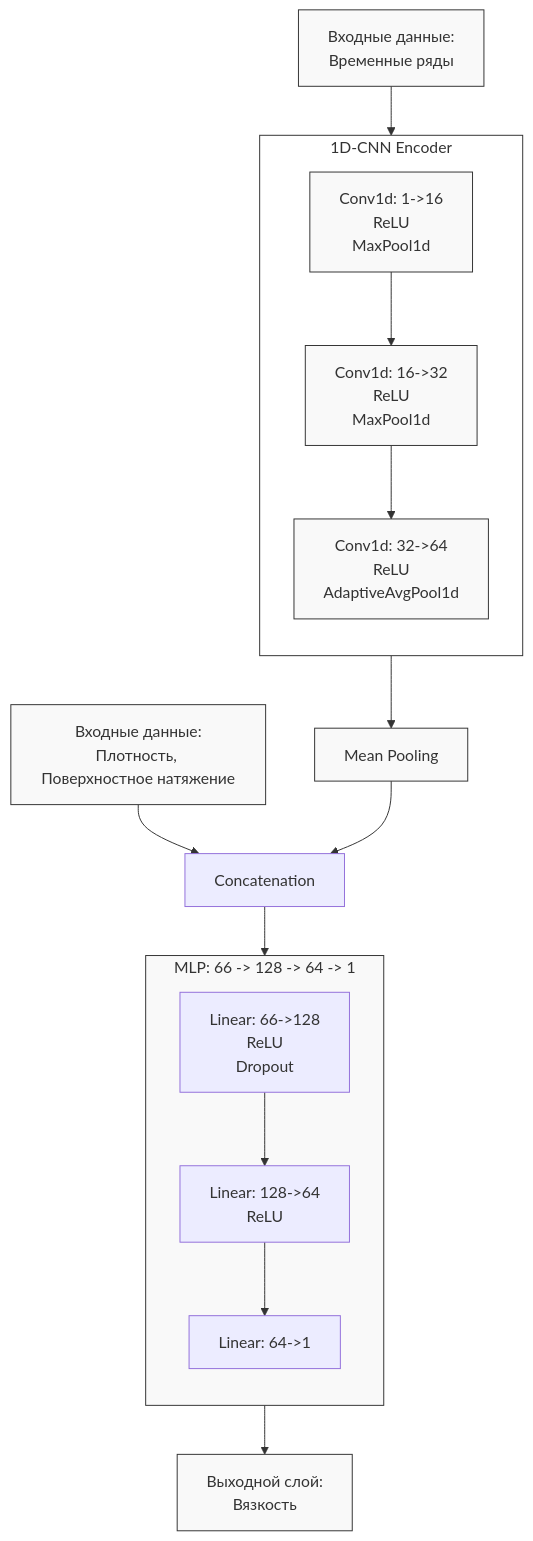
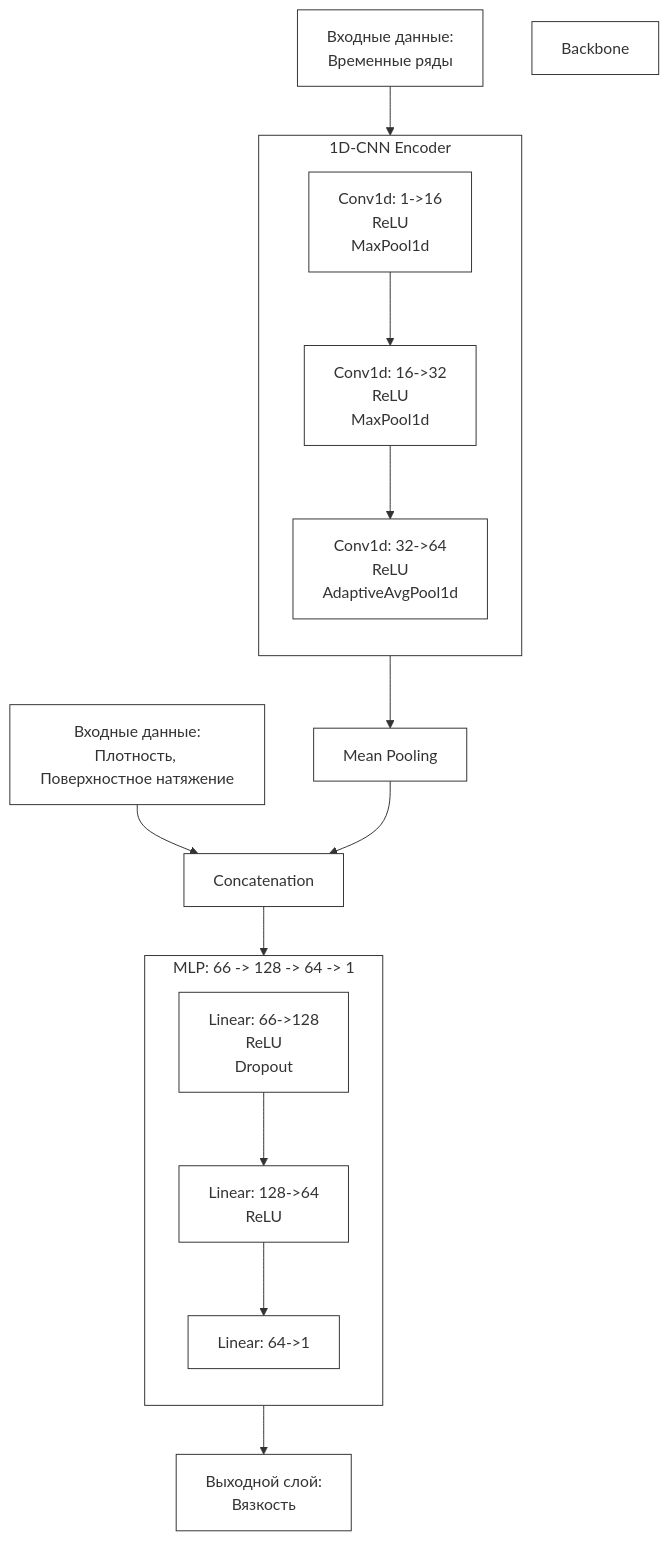
Before and after one commit to Stepaijio/goodagent: the diagram in ML_Variant2_Analysis.md, drawn with Mermaid. The commit also changed other lines of this file, not shown here.

Commit message:
Update diagram styles in ML_Variant2_Analysis.md to white

````diff
--- a/ML_Variant2_Analysis.md
+++ b/ML_Variant2_Analysis.md
@@ -9,40 +9,44 @@
 ```mermaid
 graph TD
     %% Входные данные
     Input[Входные данные:<br/>Временные ряды] --> CNN
     Global[Входные данные:<br/>Плотность, Поверхностное натяжение] --> Concat
 
     subgraph CNN [1D-CNN Encoder]
         direction TB
         C1[Conv1d: 1->16<br/>ReLU<br/>MaxPool1d]
         C2[Conv1d: 16->32<br/>ReLU<br/>MaxPool1d]
         C3[Conv1d: 32->64<br/>ReLU<br/>AdaptiveAvgPool1d]
         C1 --> C2 --> C3
     end
 
     C3 --> Pool[Mean Pooling]
     Pool --> Concat[Concatenation]
     
     subgraph MLP [MLP: 66 -> 128 -> 64 -> 1]
         direction TB
         L1[Linear: 66->128<br/>ReLU<br/>Dropout]
         L2[Linear: 128->64<br/>ReLU]
         L3[Linear: 64->1]
         L1 --> L2 --> L3
     end
     
     Concat --> L1
     L3 --> Output[Выходной слой:<br/>Вязкость]
 
-    %% Стилизация
+    %% Стилизация всех блоков в белый цвет
+    style Backbone fill:#fff,stroke:#333
     style CNN fill:#fff,stroke:#333
     style MLP fill:#fff,stroke:#333
-    style Input fill:#f9f9f9,stroke:#333
-    style Global fill:#f9f9f9,stroke:#333
-    style Output fill:#f9f9f9,stroke:#333
-    style C1 fill:#f9f9f9,stroke:#333
-    style C2 fill:#f9f9f9,stroke:#333
-    style C3 fill:#f9f9f9,stroke:#333
-    style Pool fill:#f9f9f9,stroke:#333
-    style MLP fill:#f9f9f9,stroke:#333
+    style Input fill:#fff,stroke:#333
+    style Global fill:#fff,stroke:#333
+    style Output fill:#fff,stroke:#333
+    style C1 fill:#fff,stroke:#333
+    style C2 fill:#fff,stroke:#333
+    style C3 fill:#fff,stroke:#333
+    style Pool fill:#fff,stroke:#333
+    style Concat fill:#fff,stroke:#333
+    style L1 fill:#fff,stroke:#333
+    style L2 fill:#fff,stroke:#333
+    style L3 fill:#fff,stroke:#333
 ```
````
